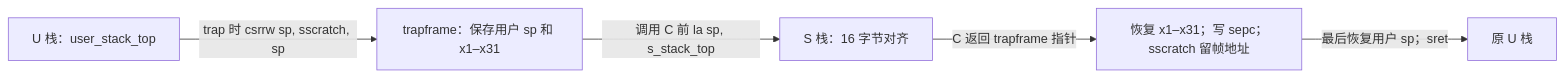
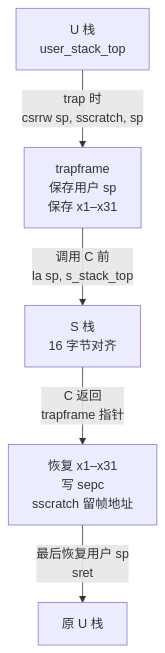
Before and after one commit to EunsonZ/WWL: the second of 2 diagrams in 计算机知识/80-实践/06-计算机系统/09-RISC-V特权态与系统调用/README.md, drawn with Mermaid. The commit also changed other lines of this file and 75 other files, not shown here.

````diff
--- a/计算机知识/80-实践/06-计算机系统/09-RISC-V特权态与系统调用/README.md
+++ b/计算机知识/80-实践/06-计算机系统/09-RISC-V特权态与系统调用/README.md
@@ -48,7 +48,7 @@
 ```mermaid
-flowchart LR
-    US["U 栈：user_stack_top"] -->|"trap 时 csrrw sp, sscratch, sp"| TF["trapframe：保存用户 sp 和 x1–x31"]
-    TF -->|"调用 C 前 la sp, s_stack_top"| SS["S 栈：16 字节对齐"]
-    SS -->|"C 返回 trapframe 指针"| TF2["恢复 x1–x31；写 sepc；sscratch 留帧地址"]
-    TF2 -->|"最后恢复用户 sp；sret"| US2["原 U 栈"]
+flowchart TD
+    US["U 栈<br/>user_stack_top"] -->|"trap 时<br/>csrrw sp, sscratch, sp"| TF["trapframe<br/>保存用户 sp<br/>保存 x1–x31"]
+    TF -->|"调用 C 前<br/>la sp, s_stack_top"| SS["S 栈<br/>16 字节对齐"]
+    SS -->|"C 返回<br/>trapframe 指针"| TF2["恢复 x1–x31<br/>写 sepc<br/>sscratch 留帧地址"]
+    TF2 -->|"最后恢复用户 sp<br/>sret"| US2["原 U 栈"]
 ```
````
